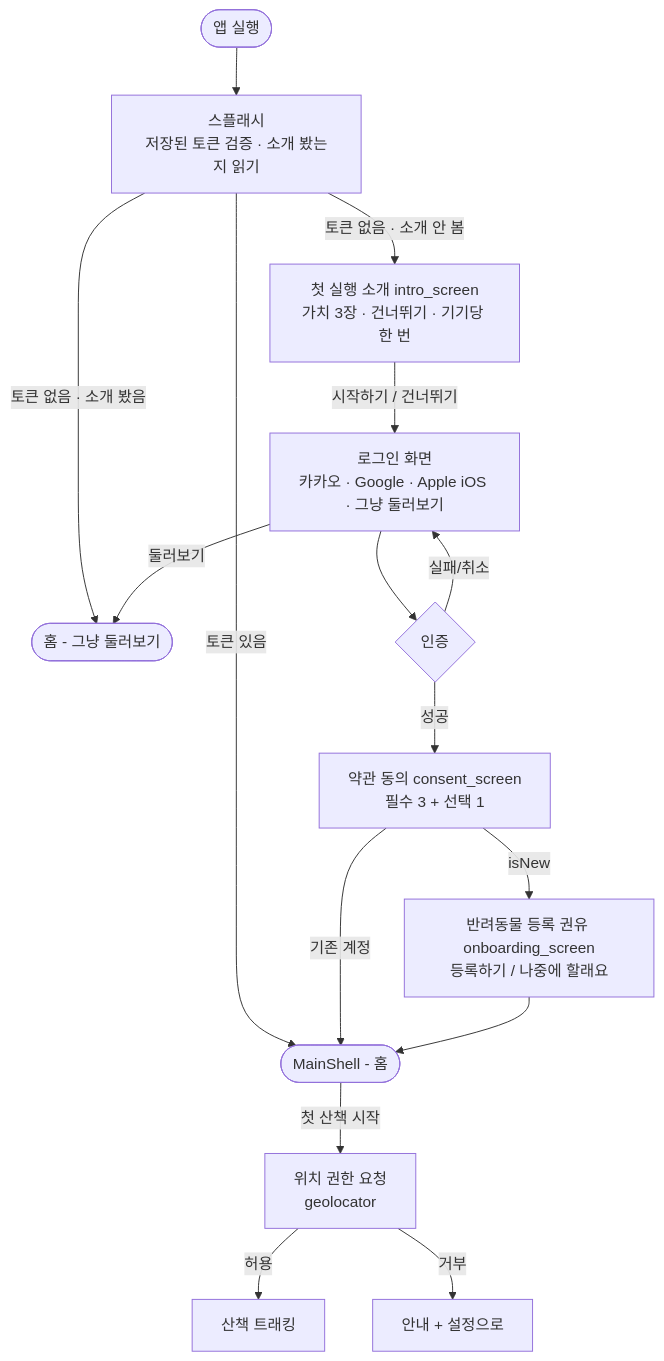
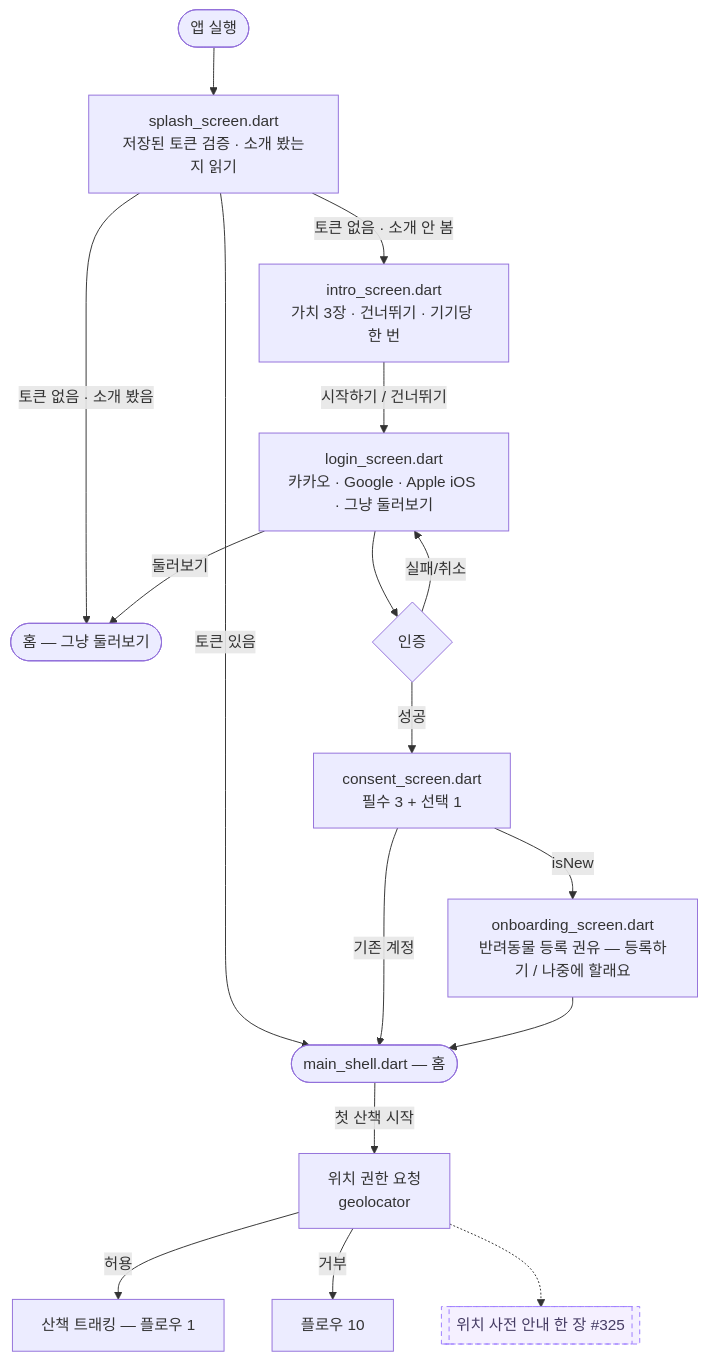
The fourth of 12 diagrams in docs/01-design/user-flows.md (sanghyunbang/pawloop), drawn with Mermaid before and after one commit. The commit also changed other lines of this file and 1 other file, not shown here.

Commit message:
docs: user-flows.md 를 실제 흐름으로 다시 쓴다 — 플로우 4 → 12, 더미·미구현 표기 0, 앞으로의 흐름은 점선 + 이슈 번호 (#345)

````diff
--- a/docs/01-design/user-flows.md
+++ b/docs/01-design/user-flows.md
@@ -140,18 +145,20 @@
 ```mermaid
 flowchart TD
-    A([앱 실행]) --> S[스플래시<br/>저장된 토큰 검증 · 소개 봤는지 읽기]
-    S -->|토큰 있음| H([MainShell - 홈])
-    S -->|토큰 없음 · 소개 안 봄| I[첫 실행 소개 intro_screen<br/>가치 3장 · 건너뛰기 · 기기당 한 번]
-    S -->|토큰 없음 · 소개 봤음| G([홈 - 그냥 둘러보기])
-    I -->|시작하기 / 건너뛰기| D[로그인 화면<br/>카카오 · Google · Apple iOS · 그냥 둘러보기]
+    A([앱 실행]) --> S[splash_screen.dart<br/>저장된 토큰 검증 · 소개 봤는지 읽기]
+    S -->|토큰 있음| H([main_shell.dart — 홈])
+    S -->|토큰 없음 · 소개 안 봄| I[intro_screen.dart<br/>가치 3장 · 건너뛰기 · 기기당 한 번]
+    S -->|토큰 없음 · 소개 봤음| G([홈 — 그냥 둘러보기])
+    I -->|시작하기 / 건너뛰기| D[login_screen.dart<br/>카카오 · Google · Apple iOS · 그냥 둘러보기]
     D -->|둘러보기| G
     D --> D1{인증}
     D1 -->|실패/취소| D
-    D1 -->|성공| C[약관 동의 consent_screen<br/>필수 3 + 선택 1]
-    C -->|isNew| E[반려동물 등록 권유 onboarding_screen<br/>등록하기 / 나중에 할래요]
+    D1 -->|성공| C[consent_screen.dart<br/>필수 3 + 선택 1]
+    C -->|isNew| E[onboarding_screen.dart<br/>반려동물 등록 권유 — 등록하기 / 나중에 할래요]
     C -->|기존 계정| H
     E --> H
     H -->|첫 산책 시작| F[위치 권한 요청<br/>geolocator]
-    F -->|허용| T[산책 트래킹]
-    F -->|거부| T2[안내 + 설정으로]
+    F -->|허용| T[산책 트래킹 — 플로우 1]
+    F -->|거부| T2[플로우 10]
+    F -.-> P1[[위치 사전 안내 한 장 #325]]:::todo
+    classDef todo fill:#f5f0ff,stroke:#9B7BFF,stroke-dasharray:5 4,color:#463C64;
 ```
````
